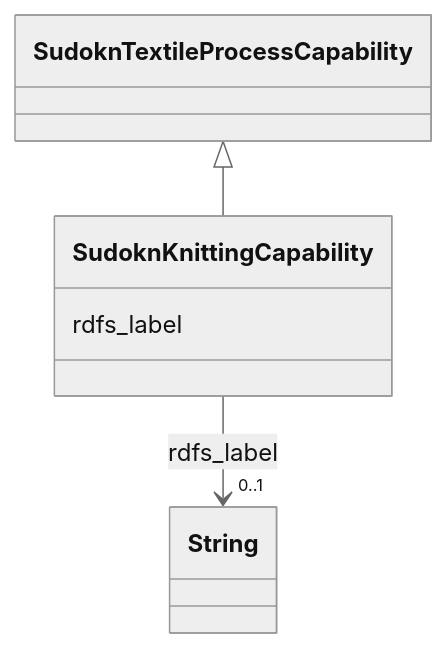
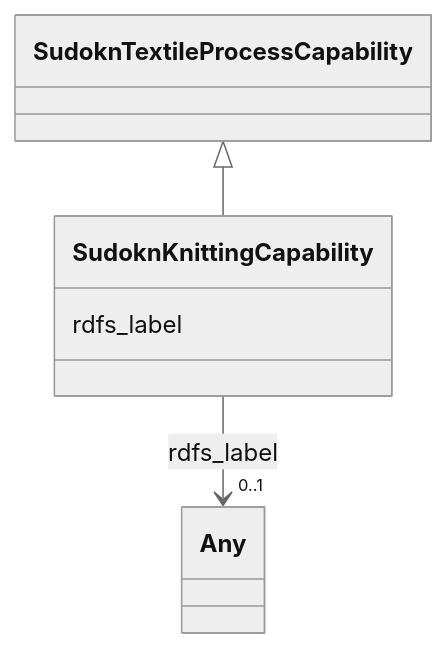
Before and after one commit to frink-okn/graph-descriptions: the diagram in sudokn-kg/classes/SudoknKnittingCapability.md, drawn with Mermaid (neutral theme). The commit also changed other lines of this file and 903 other files, not shown here.

````diff
--- a/sudokn-kg/classes/SudoknKnittingCapability.md
+++ b/sudokn-kg/classes/SudoknKnittingCapability.md
@@ -23,18 +18,18 @@
 ```mermaid
  classDiagram
     class SudoknKnittingCapability
     click SudoknKnittingCapability href "../SudoknKnittingCapability"
       SudoknTextileProcessCapability <|-- SudoknKnittingCapability
         click SudoknTextileProcessCapability href "../SudoknTextileProcessCapability"
       
       SudoknKnittingCapability : rdfs_label
         
           
     
     
-    SudoknKnittingCapability --> "0..1" String : rdfs_label
-    click String href "../String"
+    SudoknKnittingCapability --> "0..1" Any : rdfs_label
+    click Any href "../Any"
 
         
       
 ```
````
